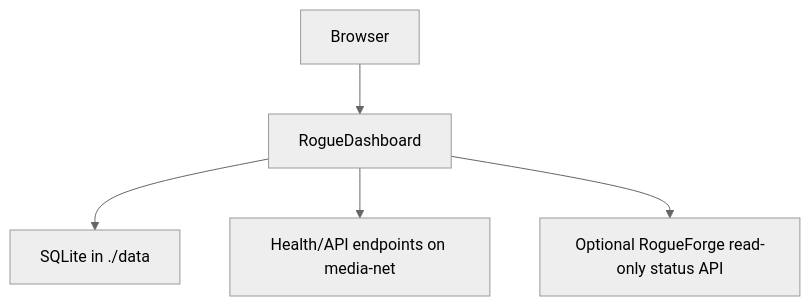
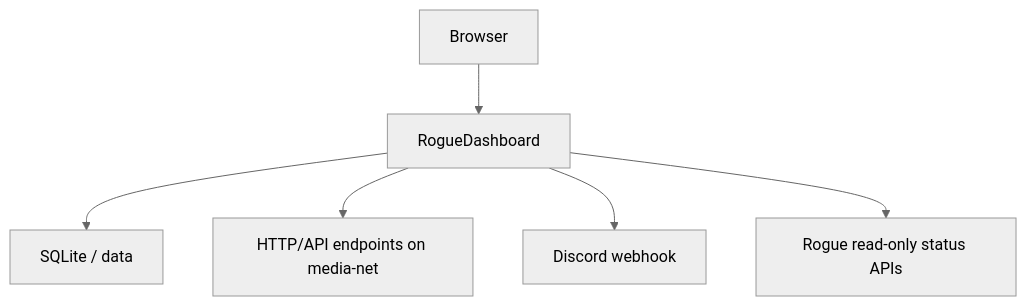
Before and after one commit to RogueAssassin/RogueDashboard: the diagram in docs/ARCHITECTURE.md, drawn with Mermaid (neutral theme). The commit also changed other lines of this file, not shown here.

Commit message:
Clean up docs/ARCHITECTURE.md

````diff
--- a/docs/ARCHITECTURE.md
+++ b/docs/ARCHITECTURE.md
@@ -16,7 +18,8 @@
 ```mermaid
 flowchart TD
     Browser["Browser"] --> Dashboard["RogueDashboard"]
-    Dashboard --> SQLite["SQLite in ./data"]
-    Dashboard --> Services["Health/API endpoints on media-net"]
-    Dashboard --> RogueForge["Optional RogueForge read-only status API"]
+    Dashboard --> SQLite["SQLite / data"]
+    Dashboard --> Services["HTTP/API endpoints on media-net"]
+    Dashboard --> Discord["Discord webhook"]
+    Dashboard --> Rogue["Rogue read-only status APIs"]
 ```
````
